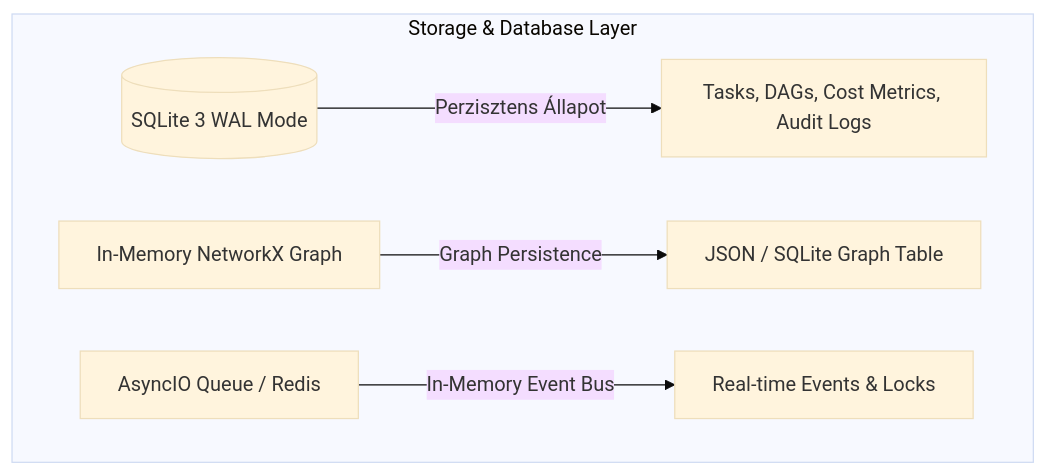
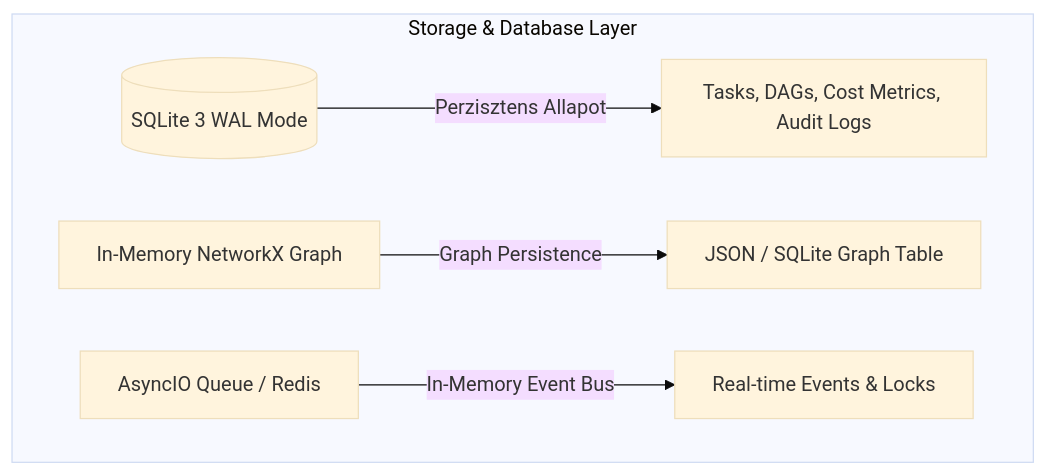
Before and after one commit to badzso-boop/ai-os: the first of 3 diagrams in docs/11_ORCHESTRATOR_TECH_STACK_AND_DEPL.md, drawn with Mermaid (base theme). The commit also changed other lines of this file and 21 other files, not shown here.

````diff
--- a/docs/11_ORCHESTRATOR_TECH_STACK_AND_DEPL.md
+++ b/docs/11_ORCHESTRATOR_TECH_STACK_AND_DEPL.md
@@ -22,8 +22,8 @@
 ```mermaid
 graph TD
     subgraph Storage & Database Layer
-        SQLite[(SQLite 3 WAL Mode)] -->|Perzisztens Állapot| CoreDB[Tasks, DAGs, Cost Metrics, Audit Logs]
+        SQLite[(SQLite 3 WAL Mode)] -->|Perzisztens Allapot| CoreDB[Tasks, DAGs, Cost Metrics, Audit Logs]
         NetworkX[In-Memory NetworkX Graph] -->|Graph Persistence| JSONGraph[JSON / SQLite Graph Table]
         AsyncQueue[AsyncIO Queue / Redis] -->|In-Memory Event Bus| LiveEvents[Real-time Events & Locks]
     end
 ```
````
